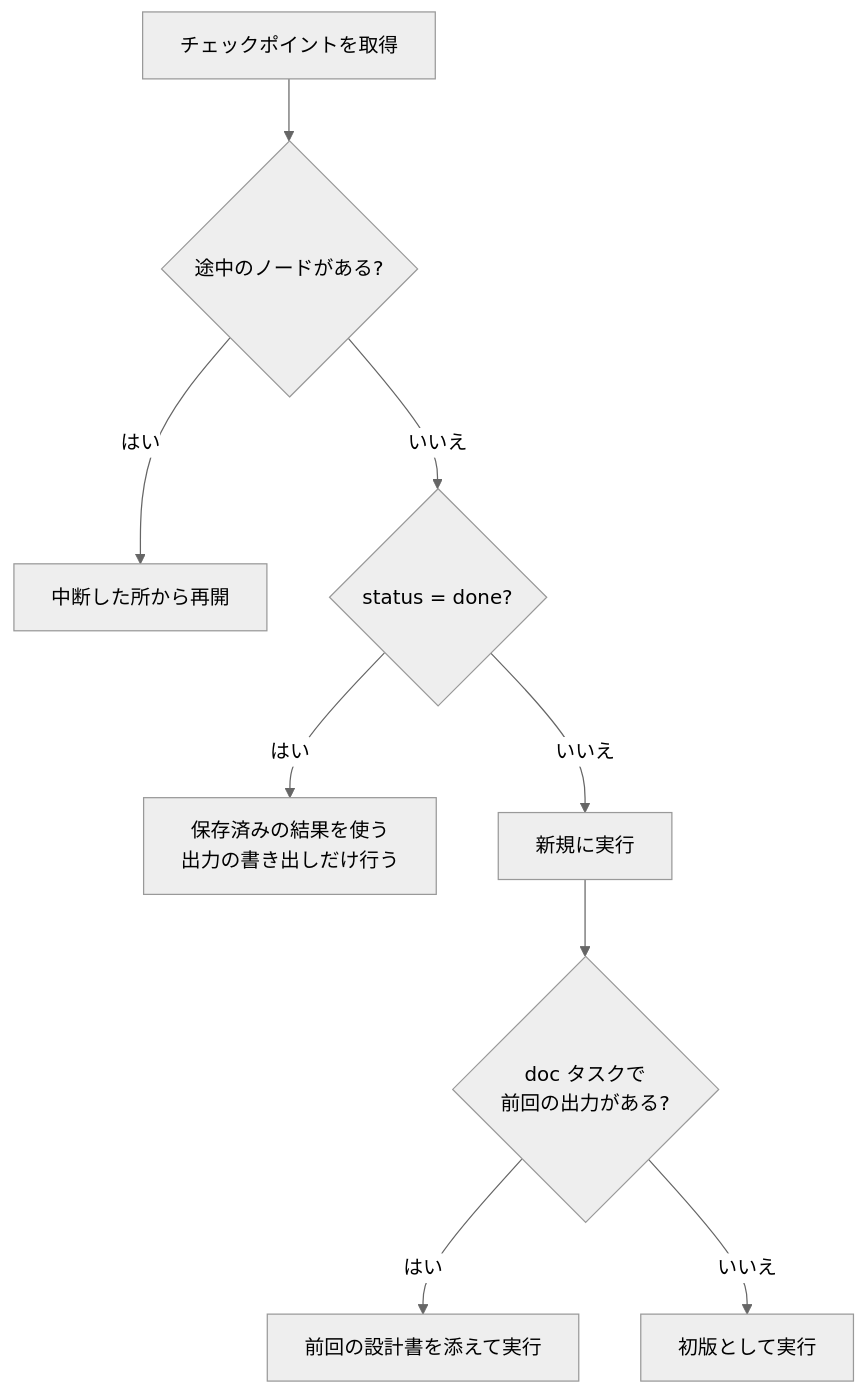
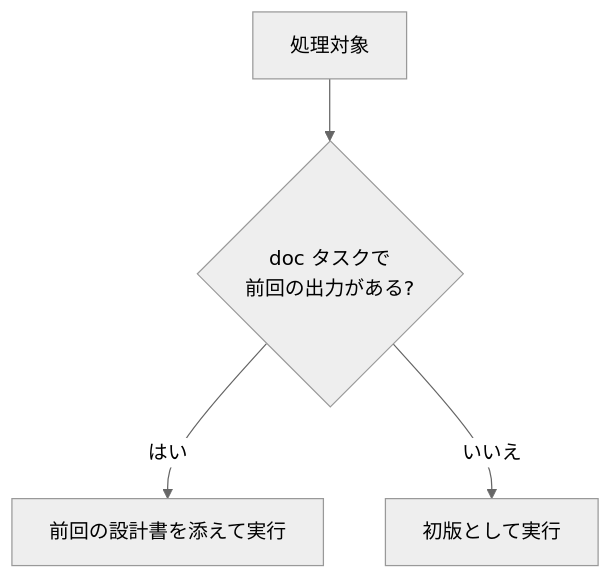
One commit to Hide369/Lang_Chain changed the third of 5 diagrams in docs/workflow.md. Above: the diagram before and after it, drawn with Mermaid (neutral theme). The commit also changed other lines of this file and 10 other files, not shown here.

````diff
--- a/docs/workflow.md
+++ b/docs/workflow.md
@@ -89,11 +87,6 @@
 ```mermaid
 flowchart TD
-    s[チェックポイントを取得] --> n{途中のノードがある?}
-    n -->|はい| resume[中断した所から再開]
-    n -->|いいえ| d{status = done?}
-    d -->|はい| reuse[保存済みの結果を使う<br/>出力の書き出しだけ行う]
-    d -->|いいえ| fresh[新規に実行]
-    fresh --> prev{doc タスクで<br/>前回の出力がある?}
+    s[処理対象] --> prev{doc タスクで<br/>前回の出力がある?}
     prev -->|はい| withprev[前回の設計書を添えて実行]
     prev -->|いいえ| noprev[初版として実行]
 ```
````
